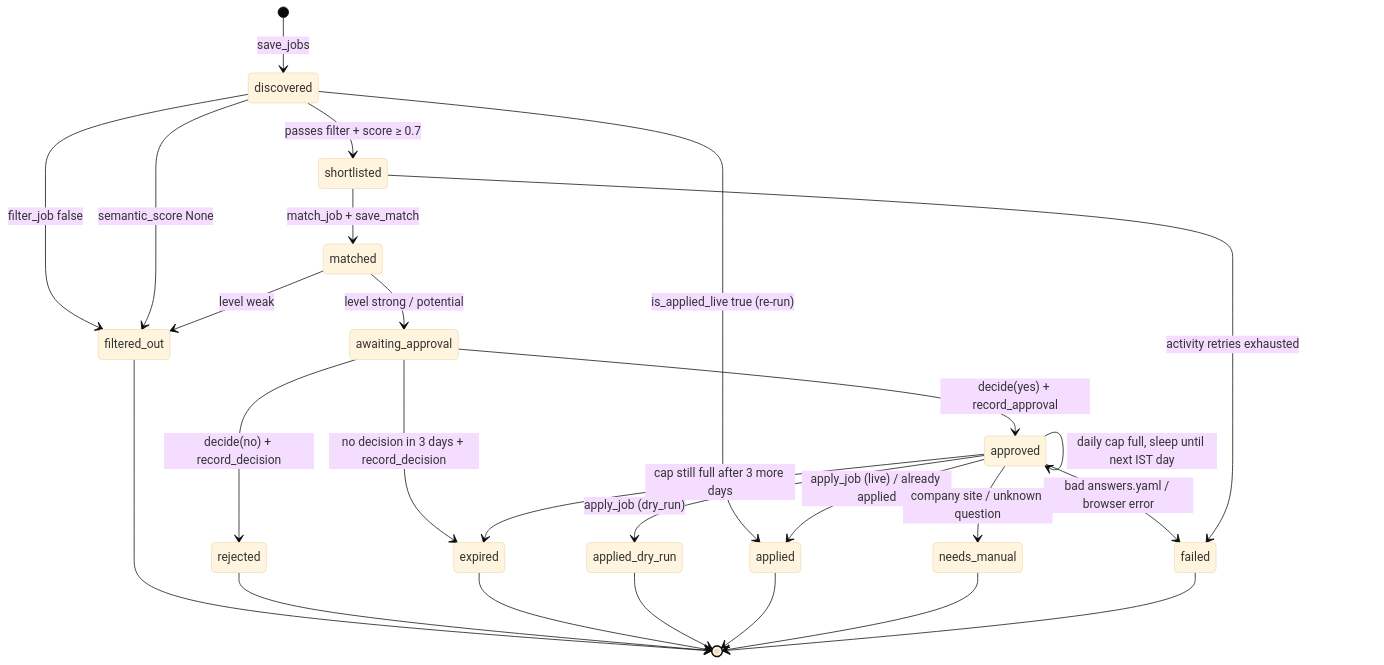
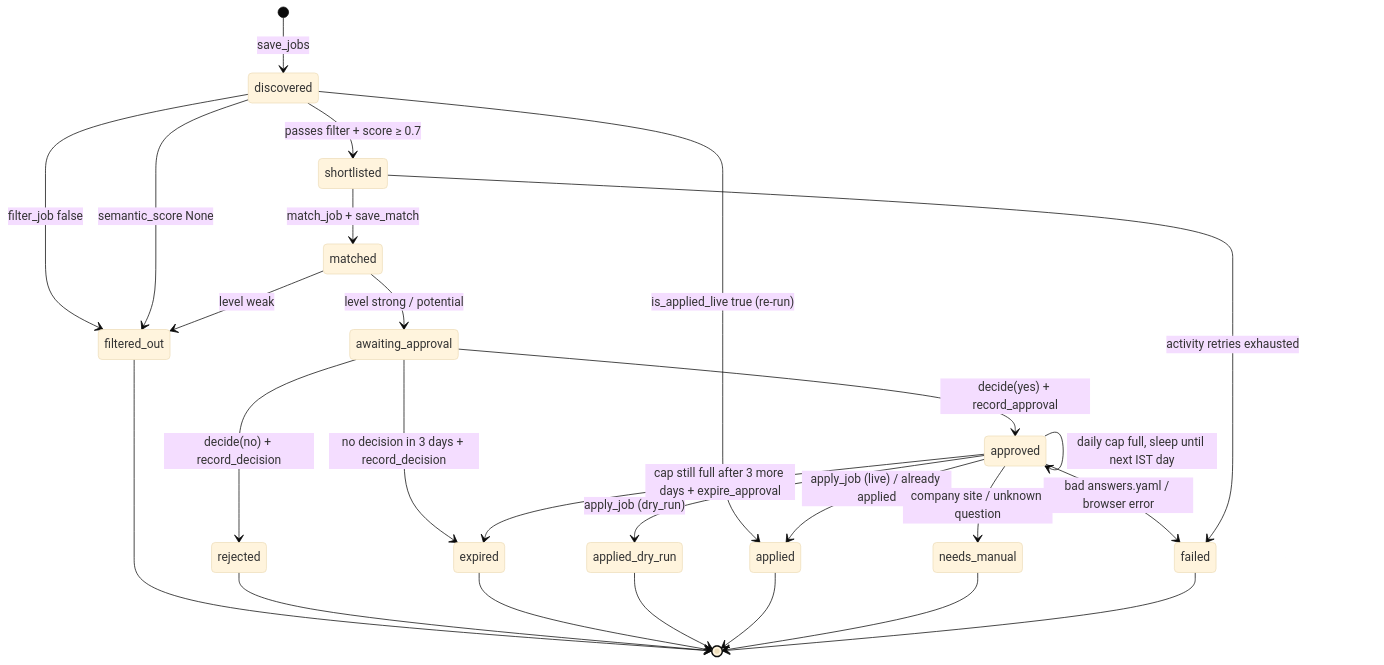
Before and after one commit to dhiraj849/Job_assistent: the third of 5 diagrams in docs/03-workflows.md, drawn with Mermaid (base theme). The commit also changed other lines of this file and 2 other files, not shown here.

Commit message:
docs: document expired application outcome and mark issue #15 fixed

````diff
--- a/docs/03-workflows.md
+++ b/docs/03-workflows.md
@@ -160,28 +161,28 @@
 ```mermaid
 stateDiagram-v2
     [*] --> discovered: save_jobs
     discovered --> applied: is_applied_live true (re-run)
     discovered --> filtered_out: filter_job false
     discovered --> filtered_out: semantic_score None
     discovered --> shortlisted: passes filter + score ≥ 0.7
     shortlisted --> matched: match_job + save_match
     matched --> filtered_out: level weak
     matched --> awaiting_approval: level strong / potential
     awaiting_approval --> approved: decide(yes) + record_approval
     awaiting_approval --> rejected: decide(no) + record_decision
     awaiting_approval --> expired: no decision in 3 days + record_decision
     approved --> applied_dry_run: apply_job (dry_run)
     approved --> applied: apply_job (live) / already applied
     approved --> needs_manual: company site / unknown question
     approved --> failed: bad answers.yaml / browser error
     approved --> approved: daily cap full, sleep until next IST day
-    approved --> expired: cap still full after 3 more days
+    approved --> expired: cap still full after 3 more days + expire_approval
     shortlisted --> failed: activity retries exhausted
     filtered_out --> [*]
     rejected --> [*]
     expired --> [*]
     applied_dry_run --> [*]
     applied --> [*]
     needs_manual --> [*]
     failed --> [*]
 ```
````
